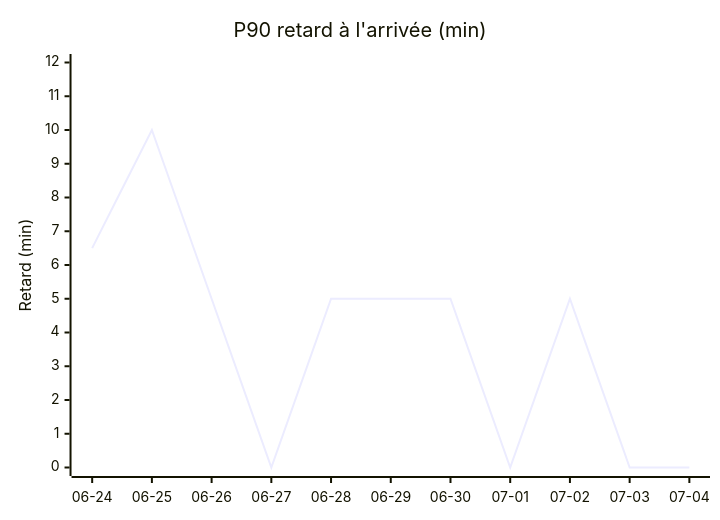
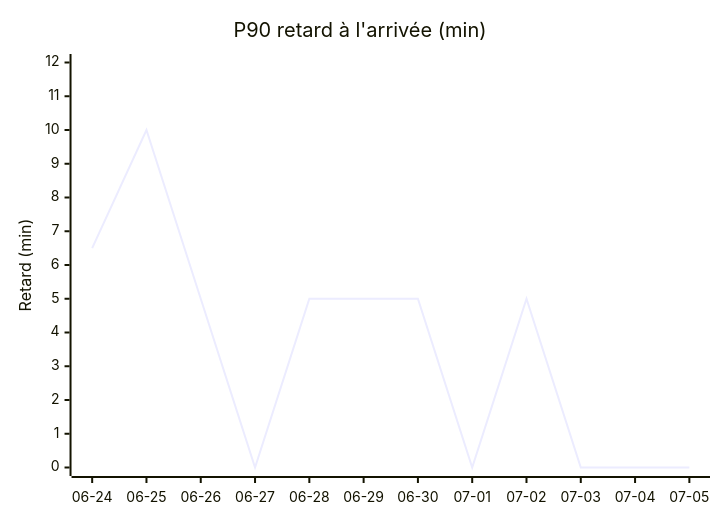
One commit to antoinerep/horaire-ter changed the first of 4 diagrams in STATS.md. Above: the diagram before and after it, drawn with Mermaid. The commit also changed other lines of this file and 1 other file, not shown here.

````diff
--- a/STATS.md
+++ b/STATS.md
@@ -29,7 +29,7 @@
 ```mermaid
 xychart-beta
     title "P90 retard à l'arrivée (min)"
-    x-axis ["06-24", "06-25", "06-26", "06-27", "06-28", "06-29", "06-30", "07-01", "07-02", "07-03", "07-04"]
+    x-axis ["06-24", "06-25", "06-26", "06-27", "06-28", "06-29", "06-30", "07-01", "07-02", "07-03", "07-04", "07-05"]
     y-axis "Retard (min)" 0 --> 12
-    line [6.5, 10.0, 5.0, 0.0, 5.0, 5.0, 5.0, 0.0, 5.0, 0.0, 0.0]
+    line [6.5, 10.0, 5.0, 0.0, 5.0, 5.0, 5.0, 0.0, 5.0, 0.0, 0.0, 0.0]
 ```
````
